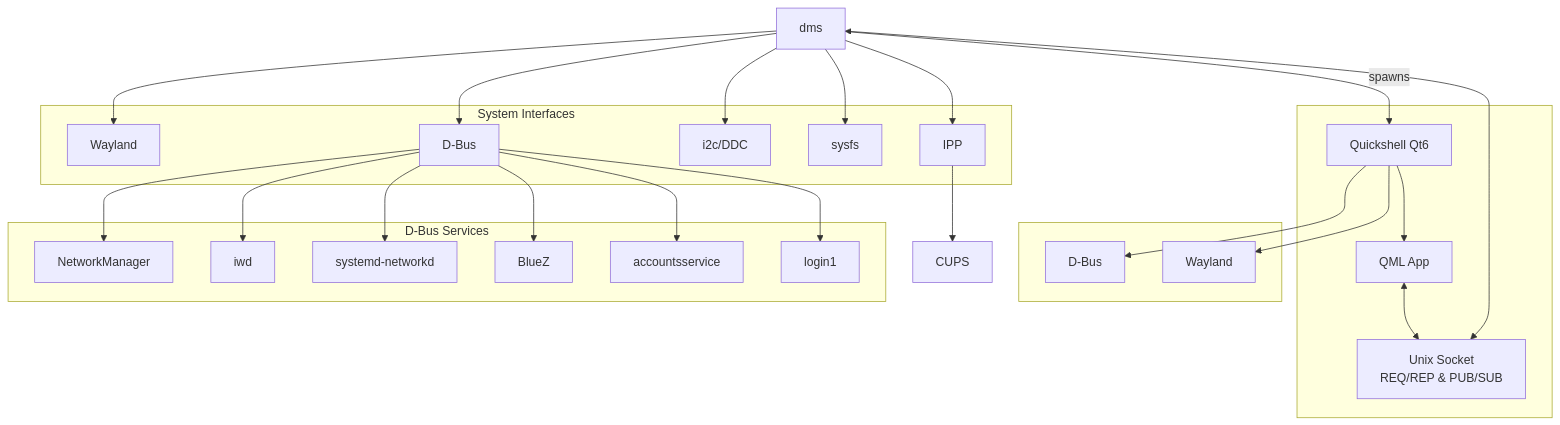
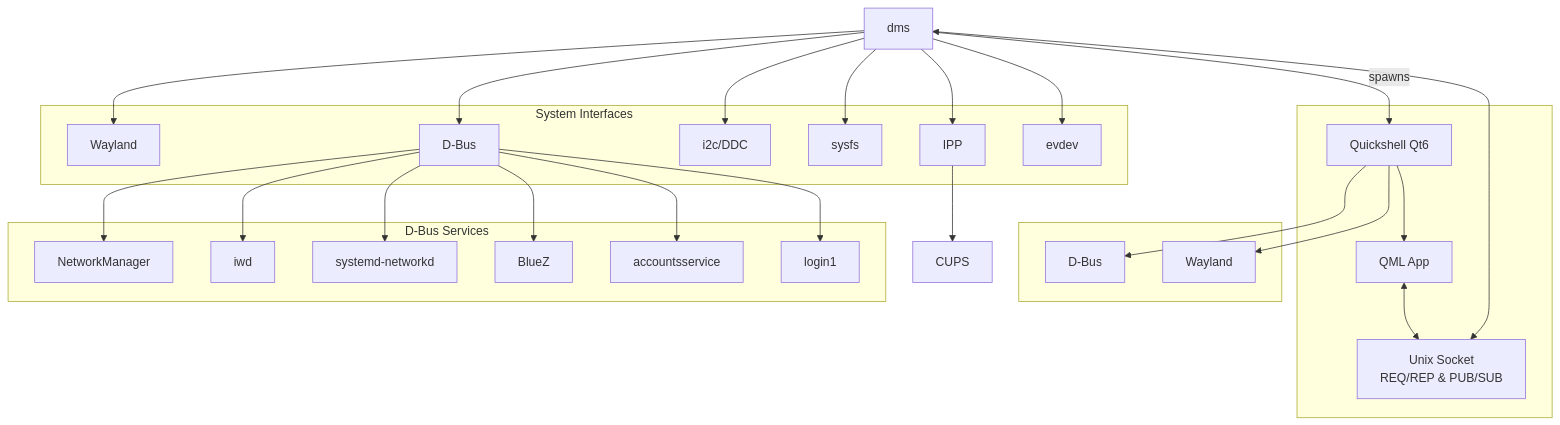
Before and after one commit to AvengeMedia/DankLinux-Docs: the diagram in docs/dankmaterialshell/overview.mdx, drawn with Mermaid.

Commit message:
add evdev to mermaid chart

````diff
--- a/docs/dankmaterialshell/overview.mdx
+++ b/docs/dankmaterialshell/overview.mdx
@@ -52,57 +52,59 @@
 ```mermaid
 flowchart TB
     DMS[dms]
 
     subgraph UI[" "]
         QS[Quickshell Qt6]
         QML[QML App]
         SOCK[Unix Socket<br/>REQ/REP & PUB/SUB]
     end
 
     subgraph SystemInterfaces["System Interfaces"]
         WL[Wayland]
         DBUS_DMS[D-Bus]
         I2C[i2c/DDC]
         SYSFS[sysfs]
         IPP[IPP]
+        EVDEV[evdev]
     end
 
     subgraph QuickshellInterfaces[" "]
         DBUS_QS[D-Bus]
         WL_QS[Wayland]
     end
 
     subgraph DBusServices["D-Bus Services"]
         NM[NetworkManager]
         IWD[iwd]
         NETD[systemd-networkd]
         BLZ[BlueZ]
         ACC[accountsservice]
         LOGIN[login1]
     end
 
     CUPS[CUPS]
 
     DMS -->|spawns| QS
     QS --> QML
     QML <--> SOCK
     SOCK <--> DMS
 
     DMS --> WL
     DMS --> DBUS_DMS
     DMS --> I2C
     DMS --> SYSFS
     DMS --> IPP
+    DMS --> EVDEV
 
     QS --> DBUS_QS
     QS --> WL_QS
 
     DBUS_DMS --> NM
     DBUS_DMS --> IWD
     DBUS_DMS --> NETD
     DBUS_DMS --> BLZ
     DBUS_DMS --> ACC
     DBUS_DMS --> LOGIN
 
     IPP --> CUPS
 ```
````
